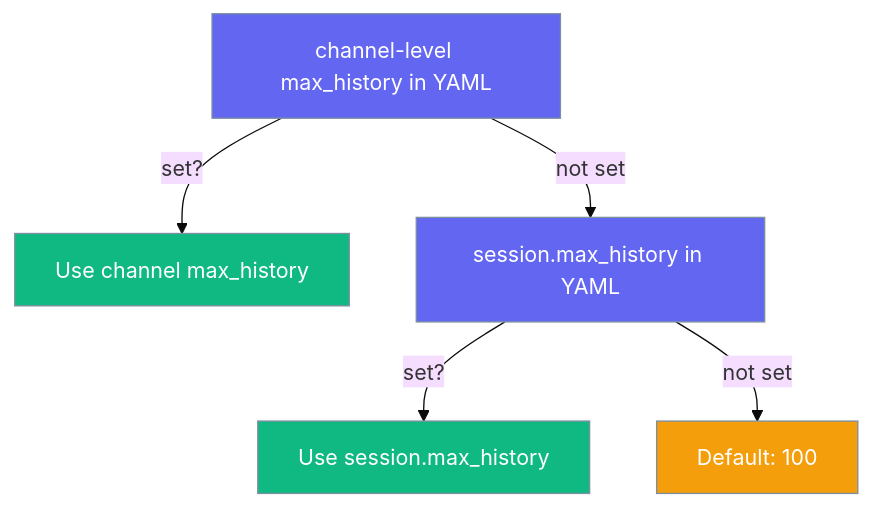
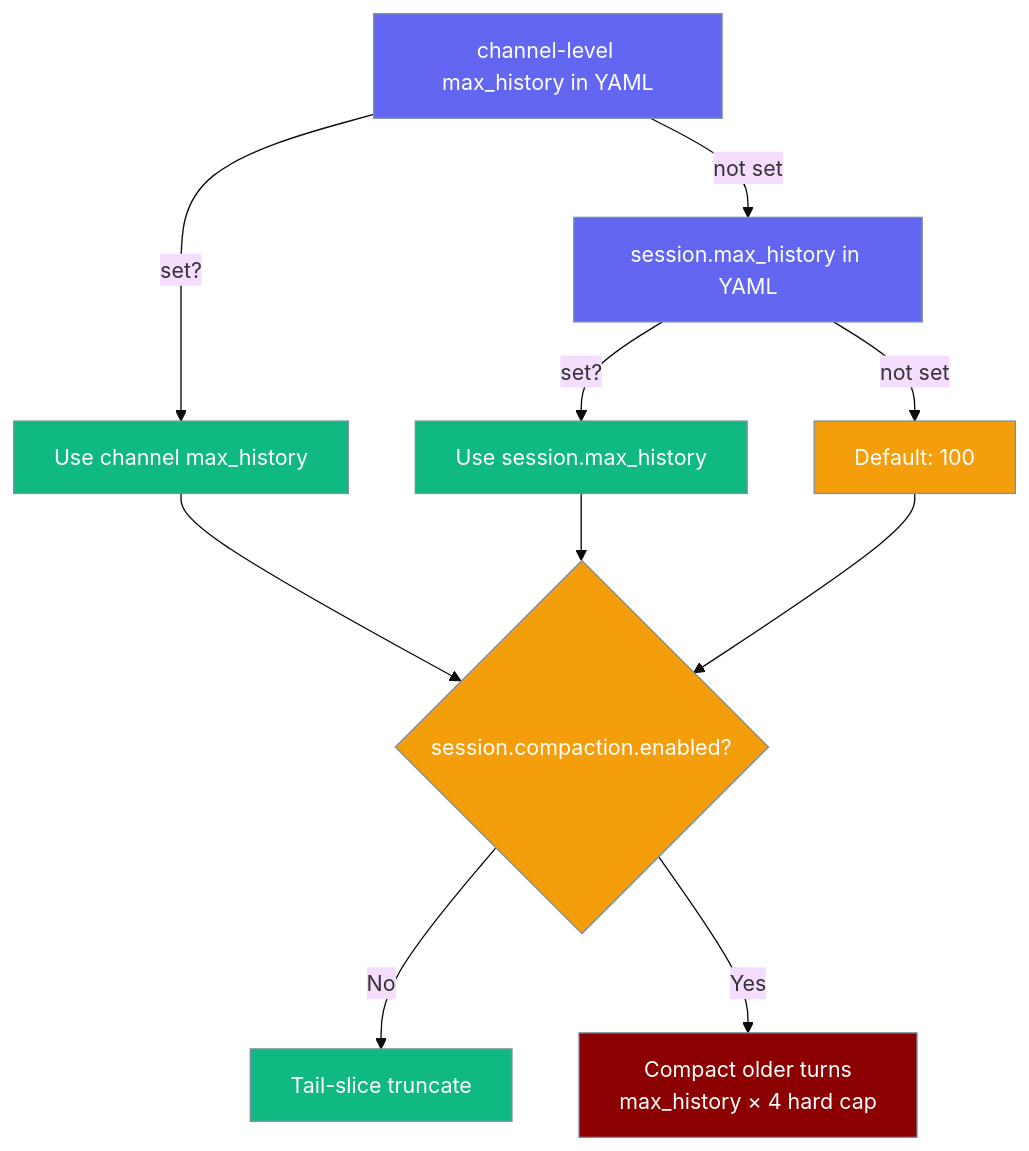
The second of 2 diagrams in docs/features/session-persistence.mdx (MervinPraison/PraisonAIDocs), drawn with Mermaid (base theme) before and after one commit. The commit also changed other lines of this file and 5 other files, not shown here.

First line of the commit message:
docs: add Bot Session Compaction page and update related docs (fixes #844)

````diff
--- a/docs/features/session-persistence.mdx
+++ b/docs/features/session-persistence.mdx
@@ -352,15 +352,24 @@
 ```mermaid
 graph TB
     A[channel-level max_history in YAML] -->|set?| D[Use channel max_history]
     A -->|not set| B[session.max_history in YAML]
     B -->|set?| E[Use session.max_history]
     B -->|not set| C[Default: 100]
+    D --> CP{session.compaction.enabled?}
+    E --> CP
+    C --> CP
+    CP -->|No| TR[Tail-slice truncate]
+    CP -->|Yes| CO[Compact older turns<br/>max_history × 4 hard cap]
 
     classDef config fill:#6366F1,stroke:#7C90A0,color:#fff
     classDef fallback fill:#F59E0B,stroke:#7C90A0,color:#fff
     classDef result fill:#10B981,stroke:#7C90A0,color:#fff
+    classDef compact fill:#8B0000,stroke:#7C90A0,color:#fff
 
     class A,B config
     class C fallback
     class D,E result
+    class CP fallback
+    class TR result
+    class CO compact
 ```
````
